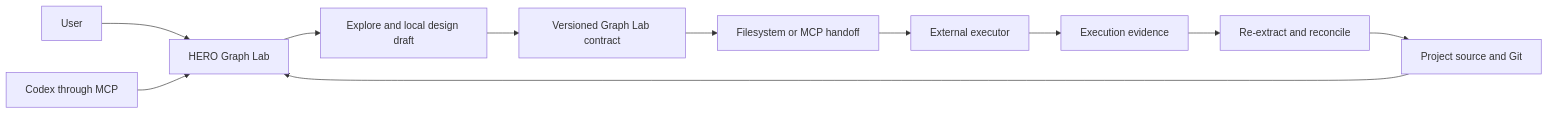
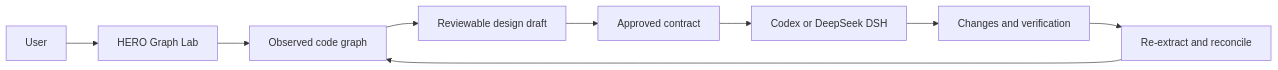
One commit to mikelval82/hero-graph-lab changed the diagram in README.md. Above: the diagram before and after it, drawn with Mermaid. The commit also changed other lines of this file, not shown here.

Commit message:
docs: describe neutral Codex and DSH workflow

````diff
--- a/README.md
+++ b/README.md
@@ -57,13 +12,11 @@
 ```mermaid
 flowchart LR
-    User[User] --> GraphLab[HERO Graph Lab]
-    Codex[Codex through MCP] --> GraphLab
-    GraphLab --> Draft[Explore and local design draft]
-    Draft --> Contract[Versioned Graph Lab contract]
-    Contract --> Handoff[Filesystem or MCP handoff]
-    Handoff --> Executor[External executor]
-    Executor --> Evidence[Execution evidence]
-    Evidence --> Verify[Re-extract and reconcile]
-    Verify --> Project[Project source and Git]
-    Project --> GraphLab
+    User --> Lab[HERO Graph Lab]
+    Lab --> Graph[Observed code graph]
+    Graph --> Draft[Reviewable design draft]
+    Draft --> Contract[Approved contract]
+    Contract --> Agent[Codex or DeepSeek DSH]
+    Agent --> Evidence[Changes and verification]
+    Evidence --> Reconcile[Re-extract and reconcile]
+    Reconcile --> Graph
 ```
````
